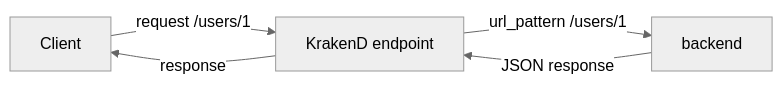
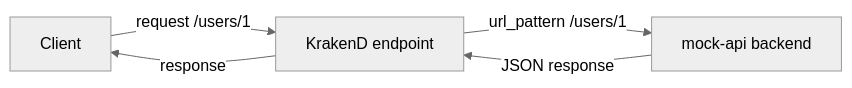
One commit to Ting-s515/KrakenD-training changed the second of 2 diagrams in docs/KrakenD-training/01-first-gateway.md. Above: the diagram before and after it, drawn with Mermaid (neutral theme). The commit also changed other lines of this file and 11 other files, not shown here.

````diff
--- a/docs/KrakenD-training/01-first-gateway.md
+++ b/docs/KrakenD-training/01-first-gateway.md
@@ -148,7 +149,7 @@
 ```mermaid
 flowchart LR
     Client[Client] -- request /users/1 --> Endpoint[KrakenD endpoint]
-    Endpoint -- url_pattern /users/1 --> Backend[backend]
+    Endpoint -- url_pattern /users/1 --> Backend[mock-api backend]
     Backend -- JSON response --> Endpoint
     Endpoint -- response --> Client
 ```
````
